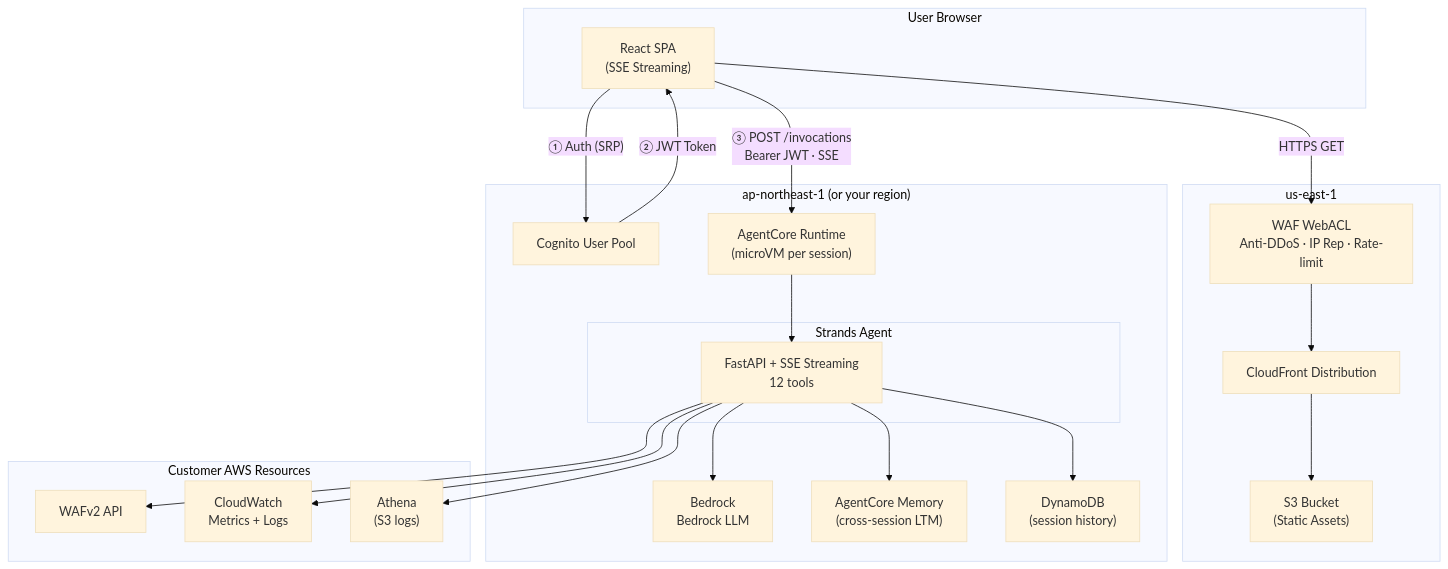
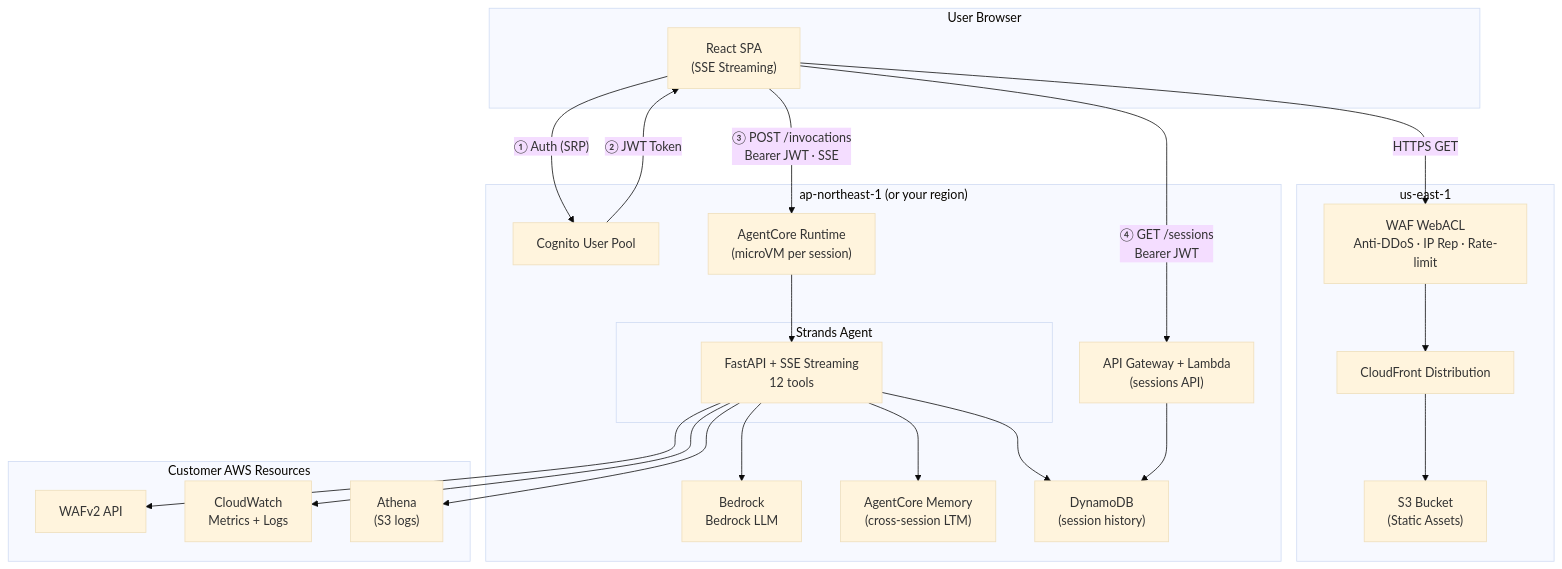
One commit to aws-samples/sample-building-a-conversational-ai-agent-for-aws-waf-analysis-with-agentcore changed the diagram in README.md. Above: the diagram before and after it, drawn with Mermaid (base theme). The commit also changed 3 other files, not shown here.

First line of the commit message:
Docs: add Sessions API stack to deployment guides + README diagrams

````diff
--- a/README.md
+++ b/README.md
@@ -52,42 +52,45 @@
 ```mermaid
 graph TB
     subgraph User["User Browser"]
         SPA["React SPA<br/>(SSE Streaming)"]
     end
 
     subgraph CF["us-east-1"]
         CloudFront["CloudFront Distribution"]
         WAF_FE["WAF WebACL<br/>Anti-DDoS · IP Rep · Rate-limit"]
         S3["S3 Bucket<br/>(Static Assets)"]
     end
 
     subgraph Backend["ap-northeast-1 (or your region)"]
         Cognito["Cognito User Pool"]
         AC["AgentCore Runtime<br/>(microVM per session)"]
         subgraph Agent["Strands Agent"]
             FastAPI["FastAPI + SSE Streaming<br/>12 tools"]
         end
         Bedrock["Bedrock<br/>Bedrock LLM"]
         Memory["AgentCore Memory<br/>(cross-session LTM)"]
         DDB["DynamoDB<br/>(session history)"]
+        APIGW["API Gateway + Lambda<br/>(sessions API)"]
     end
 
     subgraph AWS["Customer AWS Resources"]
         WAFv2["WAFv2 API"]
         CW["CloudWatch<br/>Metrics + Logs"]
         Athena["Athena<br/>(S3 logs)"]
     end
 
     SPA -->|"HTTPS GET"| WAF_FE
     WAF_FE --> CloudFront --> S3
     SPA -->|"① Auth (SRP)"| Cognito
     Cognito -->|"② JWT Token"| SPA
     SPA -->|"③ POST /invocations<br/>Bearer JWT · SSE"| AC
+    SPA -->|"④ GET /sessions<br/>Bearer JWT"| APIGW
     AC --> FastAPI
     FastAPI --> Bedrock
     FastAPI --> Memory
     FastAPI --> DDB
+    APIGW --> DDB
     FastAPI --> WAFv2
     FastAPI --> CW
     FastAPI --> Athena
 ```
````
